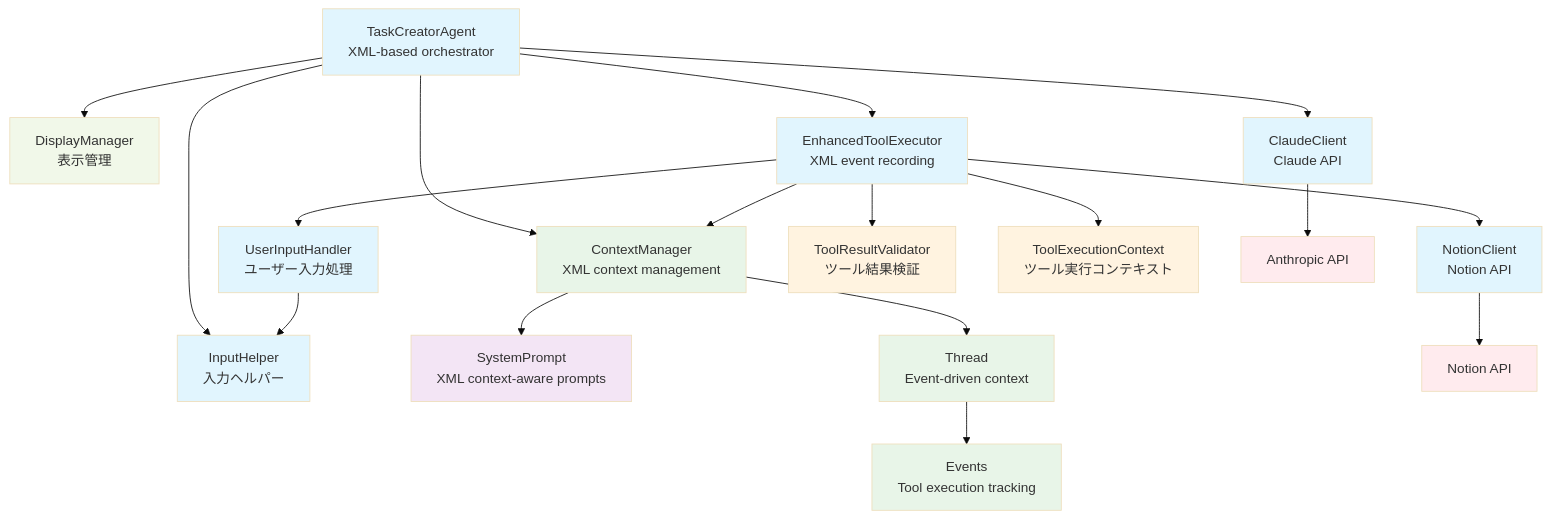
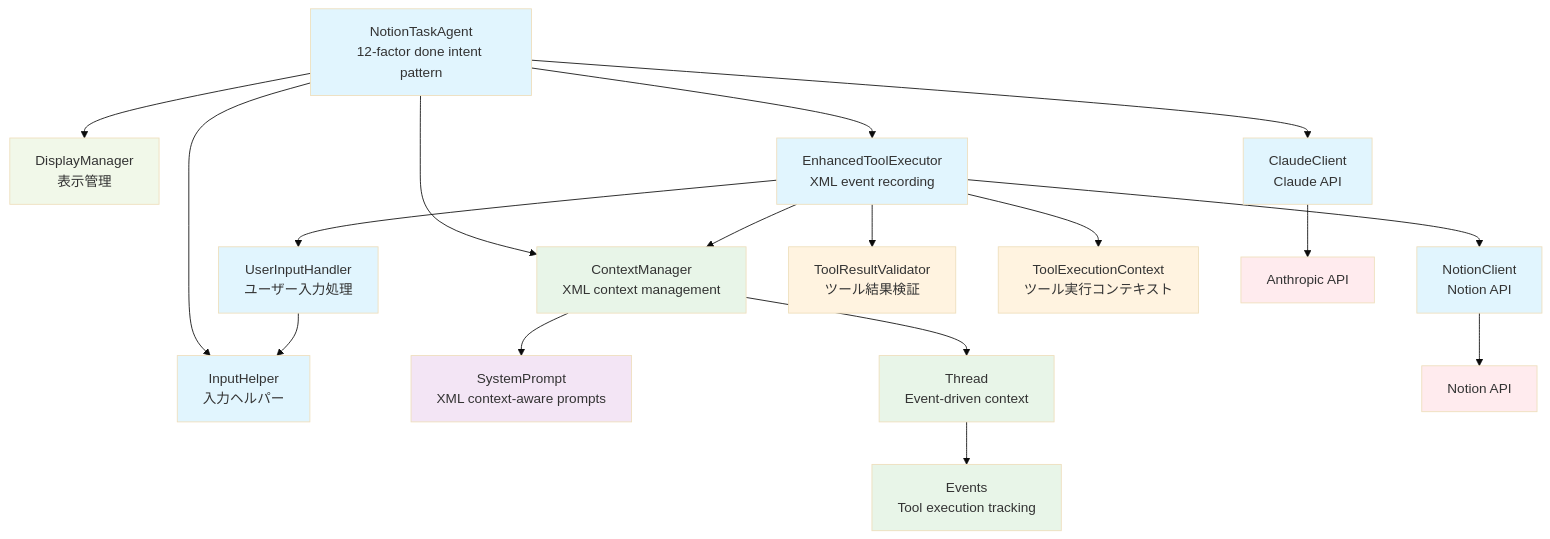
One commit to shomrkm/shochan_ai changed the first of 6 diagrams in docs/ARCHITECTURE.md. Above: the diagram before and after it, drawn with Mermaid (base theme). The commit also changed other lines of this file and 2 other files, not shown here.

````diff
--- a/docs/ARCHITECTURE.md
+++ b/docs/ARCHITECTURE.md
@@ -7,66 +7,66 @@
 ```mermaid
 graph TB
     %% Main Agent
-    Agent[TaskCreatorAgent<br/>XML-based orchestrator]
+    Agent[NotionTaskAgent<br/>12-factor done intent pattern]
     
     %% Core Components
     ContextMgr[ContextManager<br/>XML context management]
     DisplayMgr[DisplayManager<br/>表示管理]
     Claude[ClaudeClient<br/>Claude API]
     ToolExec[EnhancedToolExecutor<br/>XML event recording]
     Notion[NotionClient<br/>Notion API]
     UserInputHandler[UserInputHandler<br/>ユーザー入力処理]
     InputHelper[InputHelper<br/>入力ヘルパー]
     
     %% Factor 2: Prompt Management
     SystemPrompt[SystemPrompt<br/>XML context-aware prompts]
     
     %% Factor 3: XML Context System
     Thread[Thread<br/>Event-driven context]
     Events[Events<br/>Tool execution tracking]
     
     %% Factor 4: Tool Enhancement Components
     ToolValidator[ToolResultValidator<br/>ツール結果検証]
     ToolContext[ToolExecutionContext<br/>ツール実行コンテキスト]
     
     %% External APIs
     AnthropicAPI[Anthropic API]
     NotionAPI[Notion API]
     
     %% Main Dependencies
     Agent --> ContextMgr
     Agent --> DisplayMgr
     Agent --> Claude
     Agent --> ToolExec
     Agent --> InputHelper
     
     %% Context Management Flow
     ContextMgr --> Thread
     ContextMgr --> SystemPrompt
     Thread --> Events
     
     %% Tool execution flow
     Claude --> AnthropicAPI
     ToolExec --> Notion
     ToolExec --> UserInputHandler
     ToolExec --> ToolValidator
     ToolExec --> ToolContext
     ToolExec --> ContextMgr
     Notion --> NotionAPI
     UserInputHandler --> InputHelper
     
     %% Styling
     classDef factor1 fill:#e1f5fe
     classDef factor2 fill:#f3e5f5
     classDef factor3 fill:#e8f5e8
     classDef factor4 fill:#fff3e0
     classDef conversation fill:#f1f8e9
     classDef external fill:#ffebee
     
     class Agent,Claude,ToolExec,Notion,UserInputHandler,InputHelper factor1
     class SystemPrompt factor2
     class ContextMgr,Thread,Events factor3
     class ToolValidator,ToolContext factor4
     class DisplayMgr conversation
     class AnthropicAPI,NotionAPI external
 ```
````
